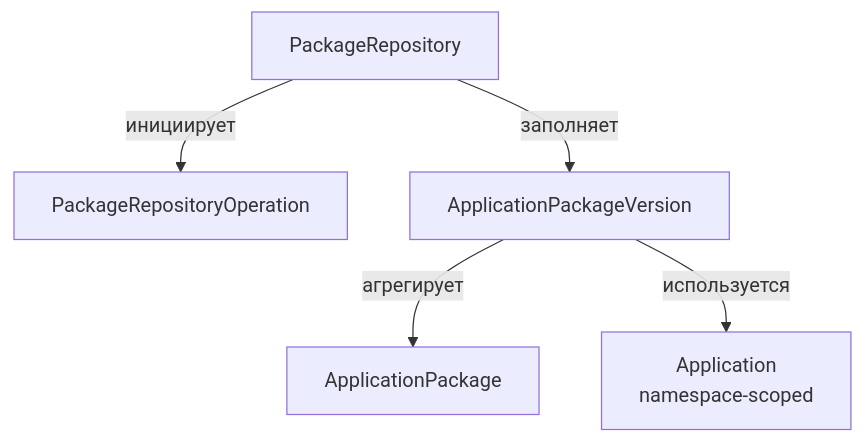
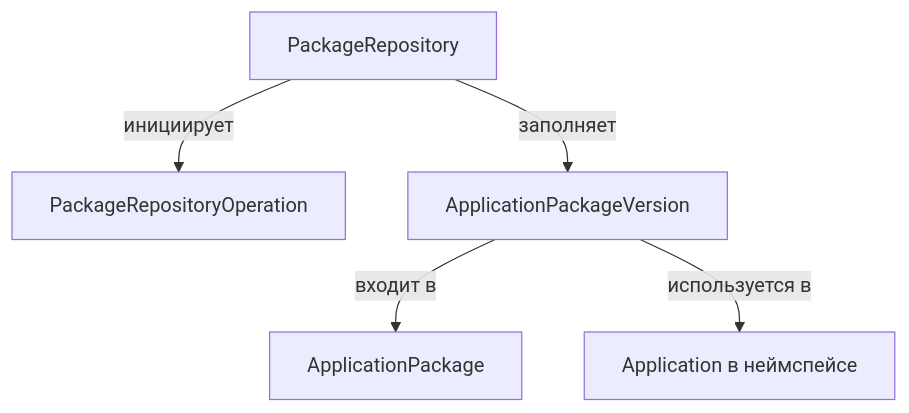
The diagram in docs/documentation/pages/architecture/marketplace/CONCEPTS_RU.md (deckhouse/deckhouse), drawn with Mermaid before and after one commit. The commit also changed other lines of this file and 53 other files, not shown here.

```diff
--- a/docs/documentation/pages/architecture/marketplace/CONCEPTS_RU.md
+++ b/docs/documentation/pages/architecture/marketplace/CONCEPTS_RU.md
@@ -29,7 +29,7 @@
 <pre class="mermaid">
 flowchart TD
     PR[PackageRepository] -->|инициирует| PRO[PackageRepositoryOperation]
     PR -->|заполняет| APV[ApplicationPackageVersion]
-    APV -->|агрегирует| AP[ApplicationPackage]
-    APV -->|используется| APP[Application\nnamespace-scoped]
+    APV -->|входит в| AP[ApplicationPackage]
+    APV -->|используется в| APP[Application в неймспейсе]
 </pre>
```
